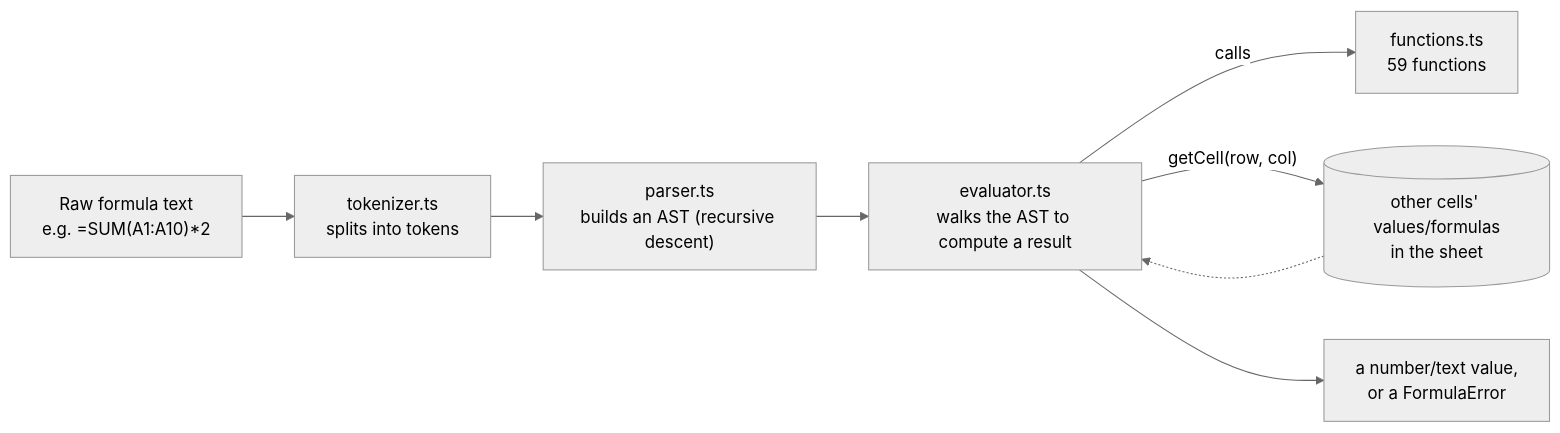
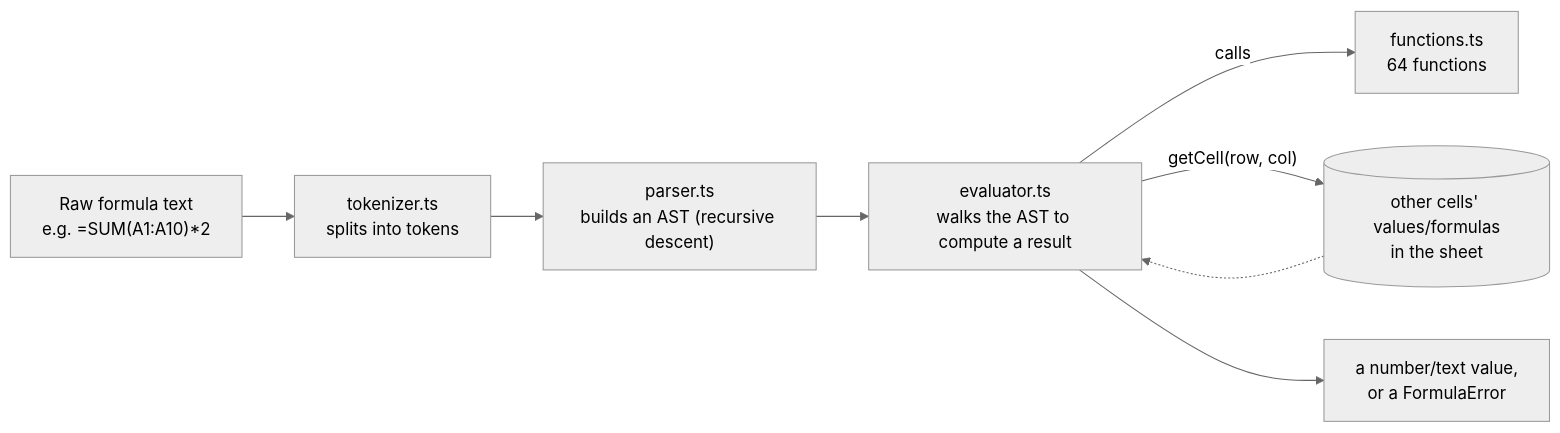
The third of 4 diagrams in README.en.md (SuruchBoss/ExcelToGo), drawn with Mermaid (neutral theme) before and after one commit. The commit also changed other lines of this file and 16 other files, not shown here.

````diff
--- a/README.en.md
+++ b/README.en.md
@@ -1607,10 +1643,10 @@
 ```mermaid
 flowchart LR
     Raw["Raw formula text<br/>e.g. =SUM(A1:A10)*2"] --> Tok["tokenizer.ts<br/>splits into tokens"]
     Tok --> Par["parser.ts<br/>builds an AST (recursive descent)"]
     Par --> Eval["evaluator.ts<br/>walks the AST to compute a result"]
-    Eval -->|"calls"| Fn["functions.ts<br/>59 functions"]
+    Eval -->|"calls"| Fn["functions.ts<br/>64 functions"]
     Eval -->|"getCell(row, col)"| Sheet[("other cells' values/formulas<br/>in the sheet")]
     Sheet -.-> Eval
     Eval --> Result["a number/text value,<br/>or a FormulaError"]
 ```
````
